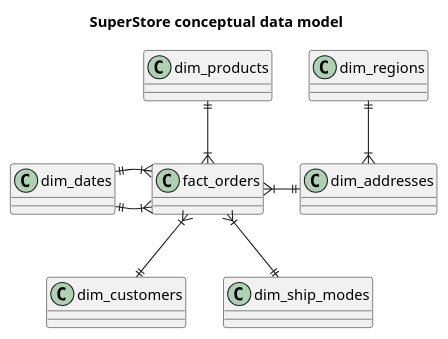
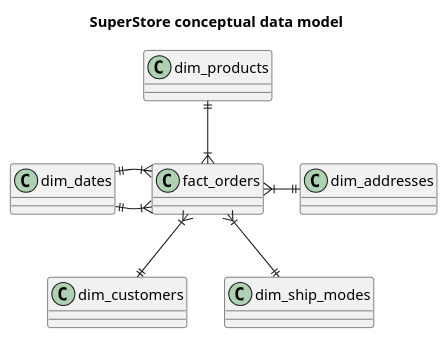
Before and after one commit to akv-akv/cs-courses: the diagram in DE-101/Module2/4/conceptual/superstore_conceptual.plantuml, drawn with PlantUML. The commit also changed 5 other files, not shown here.

Commit message:
add diagrams

```diff
--- a/DE-101/Module2/4/conceptual/superstore_conceptual.plantuml
+++ b/DE-101/Module2/4/conceptual/superstore_conceptual.plantuml
@@ -1,10 +1,9 @@
 @startuml
 title: SuperStore conceptual data model
-dim_addresses }|-up-|| dim_regions
 fact_orders }|--|| dim_customers
 fact_orders }|-right-|| dim_addresses
 fact_orders }|-up-|| dim_products
 fact_orders }|-left-|| dim_dates
 fact_orders }|-left-|| dim_dates
 fact_orders }|--|| dim_ship_modes
 @enduml
```
